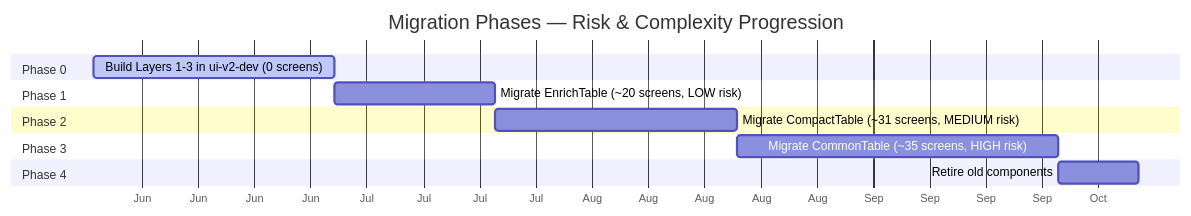
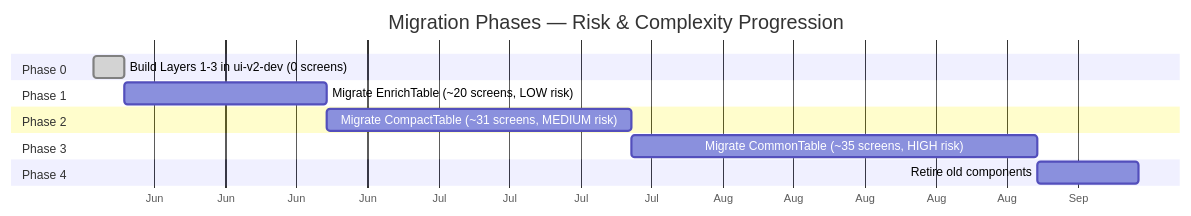
Diagram 11 of 12 in 12-sndq/frontend/features/design-system/table/architecture.md (duy-ndhk51/research), drawn with Mermaid before and after one commit. The commit also changed other lines of this file and 1 other file, not shown here.

Commit message:
docs: enhance SNDQ DataTable documentation with comprehensive overview and architecture details, outlining the four-layer model, component functionalities, and migration strategy to streamline understanding and implementation

````diff
--- a/12-sndq/frontend/features/design-system/table/architecture.md
+++ b/12-sndq/frontend/features/design-system/table/architecture.md
@@ -1031,21 +1055,21 @@
 ```mermaid
 gantt
     title Migration Phases — Risk & Complexity Progression
     dateFormat YYYY-MM-DD
     axisFormat %b
 
     section Phase 0
-    Build Layers 1-3 in ui-v2-dev (0 screens)     :active, p0, 2026-06-01, 30d
+    Build Layers 1-3 in ui-v2-dev (0 screens)     :done, p0, 2026-06-01, 2026-06-04
 
     section Phase 1
     Migrate EnrichTable (~20 screens, LOW risk)     :p1, after p0, 20d
 
     section Phase 2
     Migrate CompactTable (~31 screens, MEDIUM risk) :p2, after p1, 30d
 
     section Phase 3
     Migrate CommonTable (~35 screens, HIGH risk)    :p3, after p2, 40d
 
     section Phase 4
     Retire old components                           :p4, after p3, 10d
 ```
````
